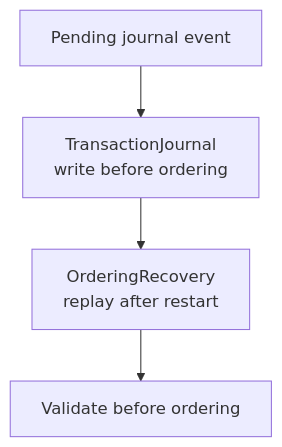
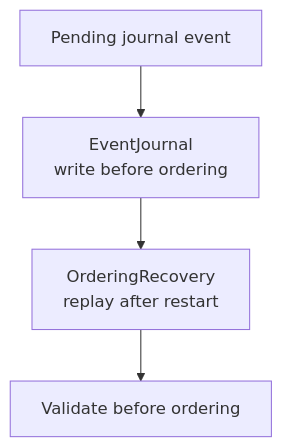
One commit to VanDung-dev/HieraChain changed the diagram in docs/en/workflows/error-recovery.md. Above: the diagram before and after it, drawn with Mermaid. The commit also changed other lines of this file and 11 other files, not shown here.

First line of the commit message:
docs: update all documentation references from TransactionJournal to EventJournal

````diff
--- a/docs/en/workflows/error-recovery.md
+++ b/docs/en/workflows/error-recovery.md
@@ -16,6 +16,6 @@
 ```mermaid
 flowchart TD
-    EVENT["Pending journal event"] --> JOURNAL["TransactionJournal\nwrite before ordering"]
+    EVENT["Pending journal event"] --> JOURNAL["EventJournal\nwrite before ordering"]
     JOURNAL --> RECOVERY["OrderingRecovery\nreplay after restart"]
     RECOVERY --> VALIDATE["Validate before ordering"]
 ```
````
